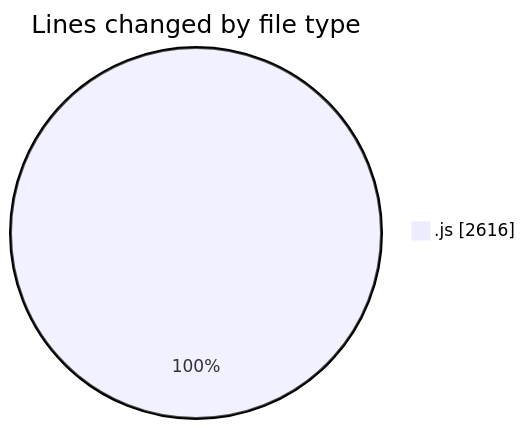
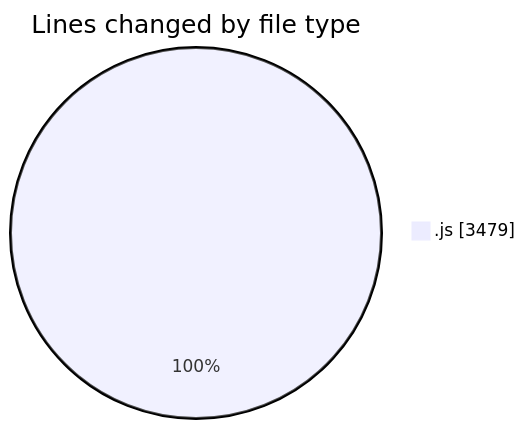
One commit to nxtqubesakshisongat/code-tracking changed the first of 2 diagrams in 2025-08-11/nxtqube_webapp/README.md. Above: the diagram before and after it, drawn with Mermaid. The commit also changed other lines of this file and 1 other file, not shown here.

````diff
--- a/2025-08-11/nxtqube_webapp/README.md
+++ b/2025-08-11/nxtqube_webapp/README.md
@@ -21,5 +21,5 @@
 ```mermaid
 pie showData
 title Lines changed by file type
-".js" : 2616
+".js" : 3479
 ```
````
